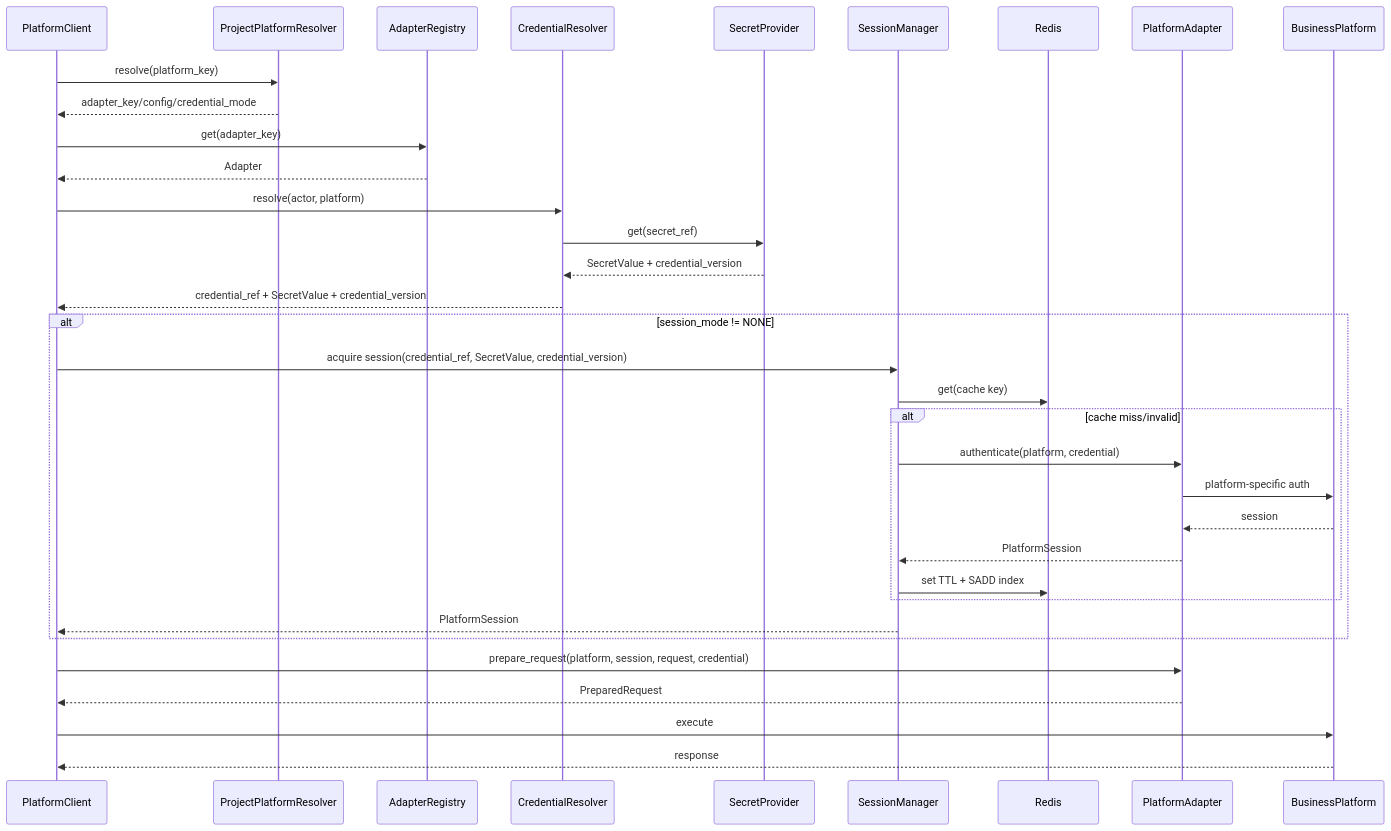
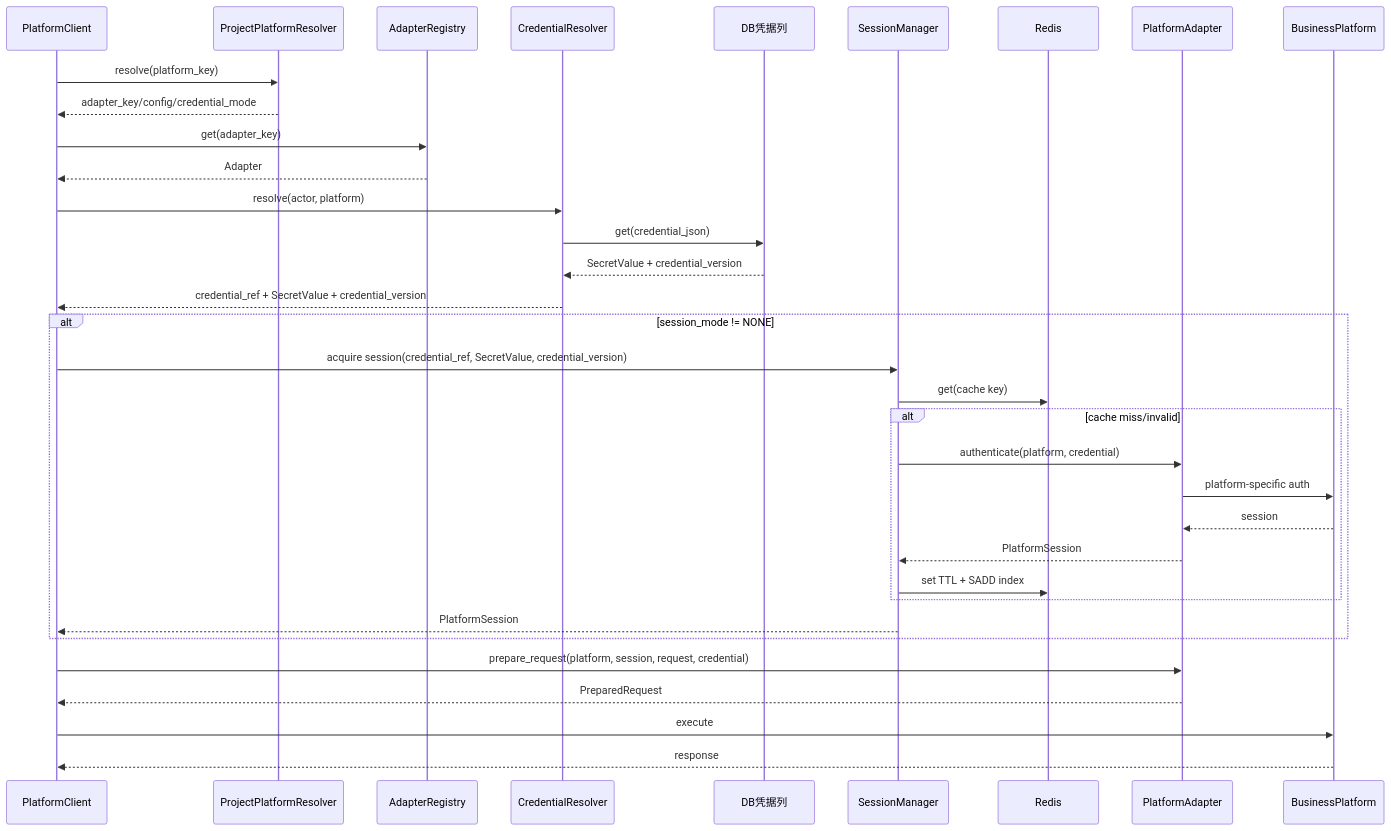
Before and after one commit to Michaelxwb/fluxion-harness: the second of 2 diagrams in docs/12-项目平台适配与Session详细设计.md, drawn with Mermaid. The commit also changed other lines of this file and 116 other files, not shown here.

First line of the commit message:
feat(model): 模型管理模块闭环并归档；refactor(secret): SecretRef 全量移除

````diff
--- a/docs/12-项目平台适配与Session详细设计.md
+++ b/docs/12-项目平台适配与Session详细设计.md
@@ -366,37 +366,37 @@
 ```mermaid
 sequenceDiagram
     participant C as PlatformClient
     participant P as ProjectPlatformResolver
     participant R as AdapterRegistry
     participant CR as CredentialResolver
-    participant SP as SecretProvider
+    participant SP as DB凭据列
     participant SM as SessionManager
     participant RD as Redis
     participant A as PlatformAdapter
     participant B as BusinessPlatform
 
     C->>P: resolve(platform_key)
     P-->>C: adapter_key/config/credential_mode
     C->>R: get(adapter_key)
     R-->>C: Adapter
     C->>CR: resolve(actor, platform)
-    CR->>SP: get(secret_ref)
+    CR->>SP: get(credential_json)
     SP-->>CR: SecretValue + credential_version
     CR-->>C: credential_ref + SecretValue + credential_version
     alt session_mode != NONE
       C->>SM: acquire session(credential_ref, SecretValue, credential_version)
       SM->>RD: get(cache key)
       alt cache miss/invalid
         SM->>A: authenticate(platform, credential)
         A->>B: platform-specific auth
         B-->>A: session
         A-->>SM: PlatformSession
         SM->>RD: set TTL + SADD index
       end
       SM-->>C: PlatformSession
     end
     C->>A: prepare_request(platform, session, request, credential)
     A-->>C: PreparedRequest
     C->>B: execute
     B-->>C: response
 ```
````
